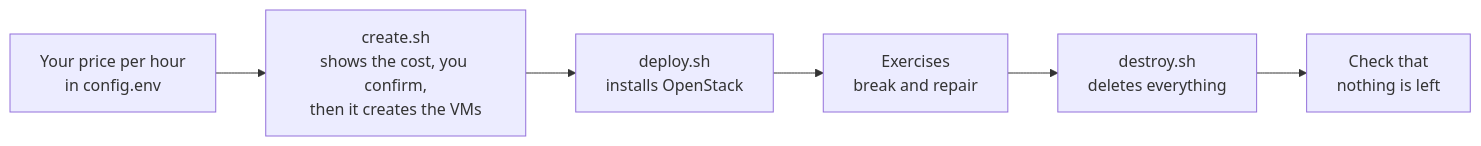
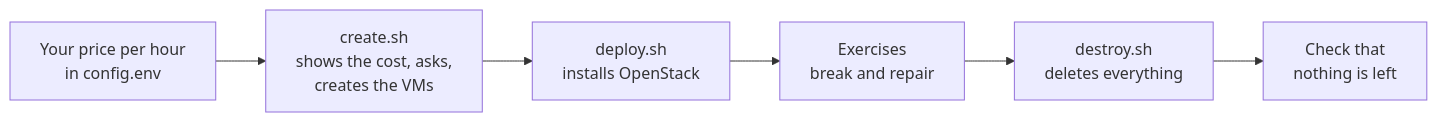
One commit to OzarLand/openstack-quick-lab changed the diagram in README.md. Above: the diagram before and after it, drawn with Mermaid.

Commit message:
README: shorter label for create.sh in the life-cycle diagram

````diff
--- a/README.md
+++ b/README.md
@@ -33,8 +33,8 @@
 ```mermaid
 flowchart LR
-    cost["Your price per hour<br/>in config.env"] --> create["create.sh<br/>shows the cost, you confirm,<br/>then it creates the VMs"]
+    cost["Your price per hour<br/>in config.env"] --> create["create.sh<br/>shows the cost, asks,<br/>creates the VMs"]
     create --> deploy["deploy.sh<br/>installs OpenStack"]
     deploy --> ex["Exercises<br/>break and repair"]
     ex --> destroy["destroy.sh<br/>deletes everything"]
     destroy --> check["Check that<br/>nothing is left"]
 ```
````
